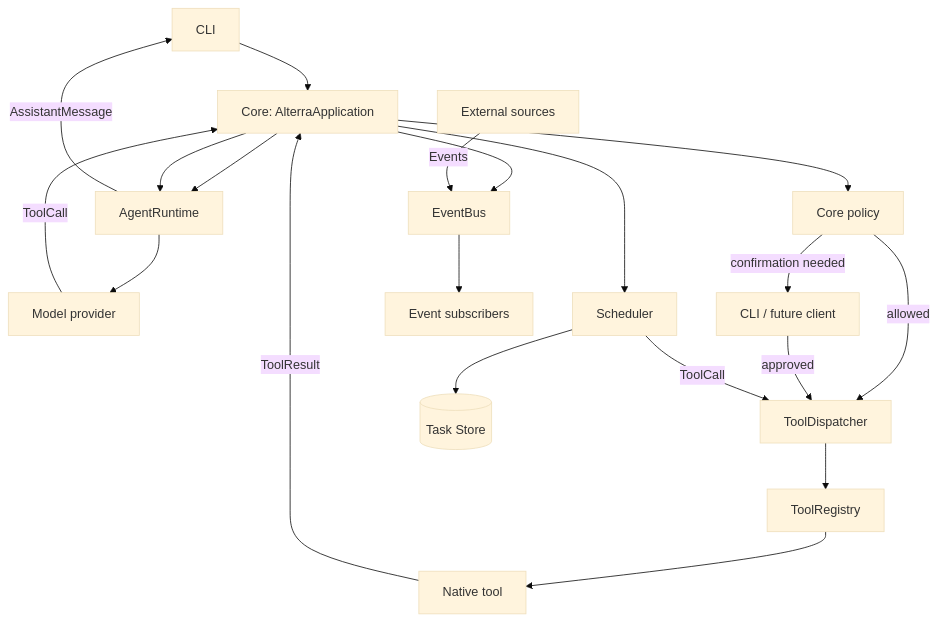
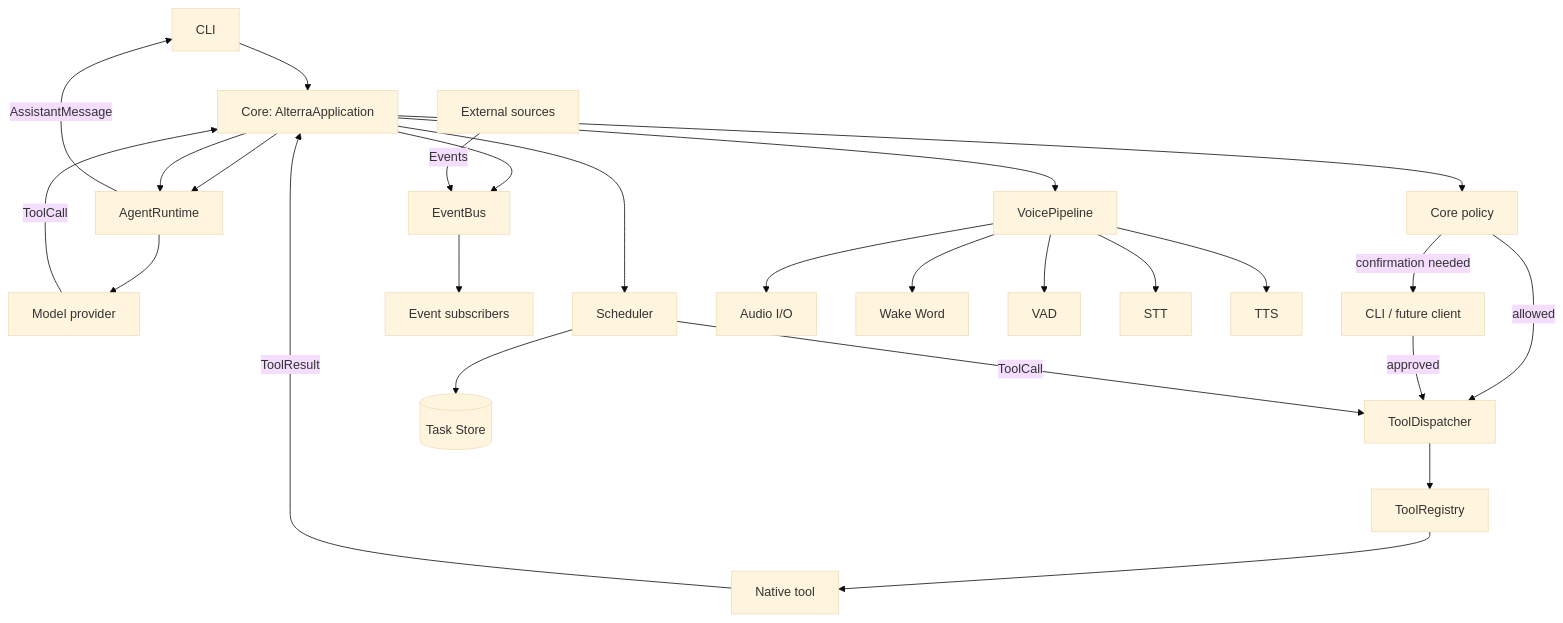
Before and after one commit to Duve3/Alterra: the diagram in docs/architecture.md, drawn with Mermaid (base theme). The commit also changed other lines of this file and 15 other files, not shown here.

````diff
--- a/docs/architecture.md
+++ b/docs/architecture.md
@@ -15,22 +16,28 @@
 ```mermaid
 flowchart TD
   CLI --> Core[Core: AlterraApplication]
   Core --> Agent[AgentRuntime]
   Agent --> Model[Model provider]
   Model -->|ToolCall| Core
   Core --> Policy[Core policy]
   Policy -->|allowed| Dispatcher[ToolDispatcher]
   Policy -->|confirmation needed| UI[CLI / future client]
   UI -->|approved| Dispatcher
   Dispatcher --> Registry[ToolRegistry]
   Registry --> Tool[Native tool]
   Tool -->|ToolResult| Core
   Core --> Agent
   Agent -->|AssistantMessage| CLI
   Core --> Events[EventBus]
   Events --> Subscribers[Event subscribers]
   External[External sources] -->|Events| Events
   Core --> Scheduler[Scheduler]
   Scheduler -->|ToolCall| Dispatcher
   Scheduler --> Store[(Task Store)]
+  Core --> Voice[VoicePipeline]
+  Voice --> Audio[Audio I/O]
+  Voice --> WW[Wake Word]
+  Voice --> VAD[VAD]
+  Voice --> STT[STT]
+  Voice --> TTS[TTS]
 ```
````
